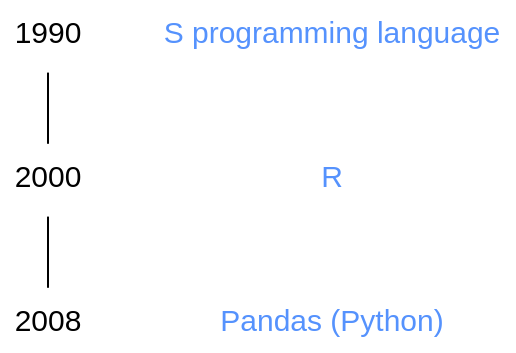
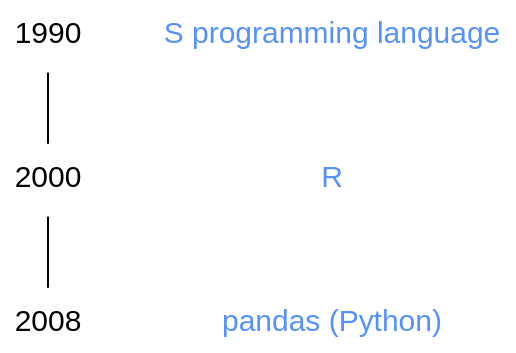
Before and after one commit to WestDRI/arc-training: the diagram in python/polars_dataframes.qmd, drawn with Graphviz. The commit also changed other lines of this file and 1 other file, not shown here.

Commit message:
edits to df and move comparison with pandas to separate section

````diff
--- a/python/polars_dataframes.qmd
+++ b/python/polars_dataframes.qmd
@@ -27,25 +27,25 @@
 ```{dot}
 //| echo: false
 //| fig-height: 250px
 
 strict graph {
   
 bgcolor="transparent"
 graph [fontname="Inconsolata, sans-serif"]
 node [fontname="Inconsolata, sans-serif", fontsize=15]
 
 y1 [label=1990, shape=plaintext, group=g1, group=g1]
 y2 [label=2000, shape=plaintext, group=g1, group=g1]
 y3 [label=2008, shape=plaintext, group=g1]
 
 l1 [label="S programming language", href="https://en.wikipedia.org/wiki/S_(programming_language)", shape=plaintext, group=g2, fontcolor="#5592FD"]
 l2 [label="R", href="https://en.wikipedia.org/wiki/R_(programming_language)", shape=plaintext, group=g2, fontcolor="#5592FD"]
-l3 [label="Pandas (Python)", href="https://en.wikipedia.org/wiki/Pandas_(software)", shape=plaintext, group=g2, fontcolor="#5592FD"]
+l3 [label="pandas (Python)", href="https://en.wikipedia.org/wiki/pandas_(software)", shape=plaintext, group=g2, fontcolor="#5592FD"]
 
 {rank=same; y1 l1}
 
 y1 -- y2 -- y3
 l1 -- l2 -- l3 [style=invis]
 
 }
 ```
````
